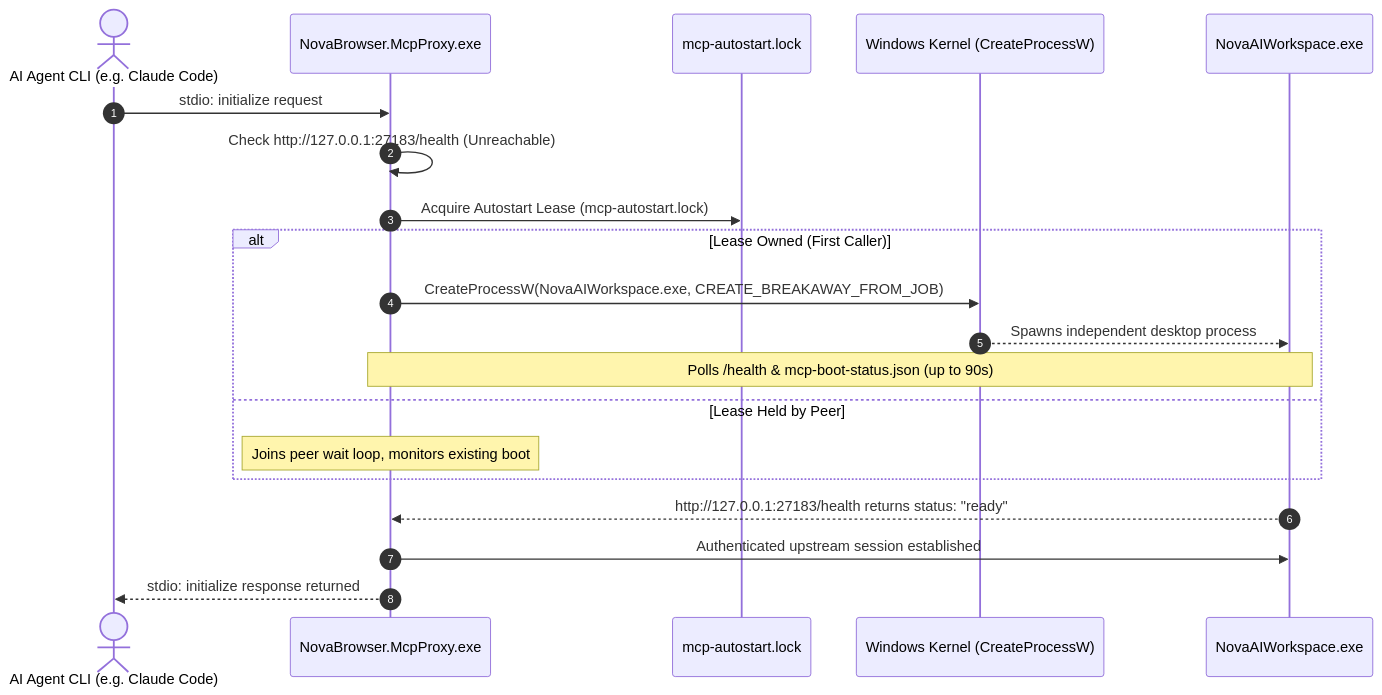
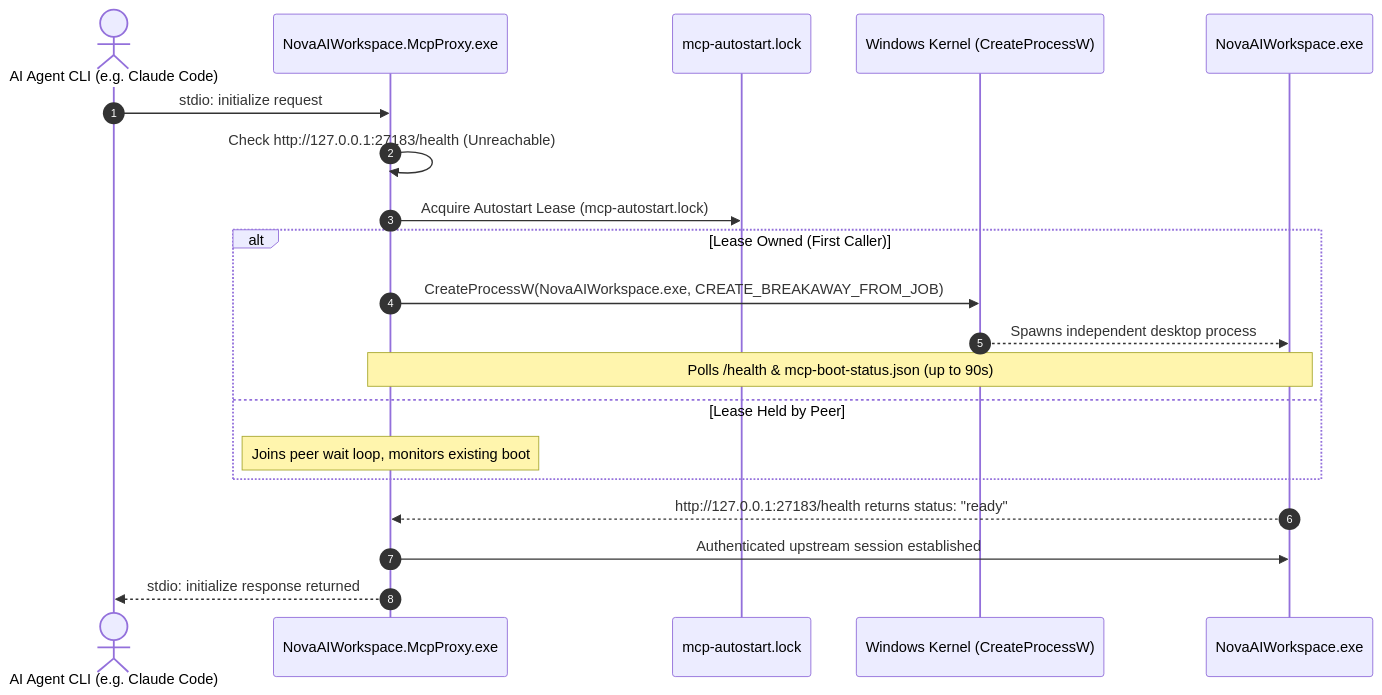
The third of 6 diagrams in docs/components/mcp-proxy.md (joelaniol/nova), drawn with Mermaid before and after one commit. The commit also changed other lines of this file and 58 other files, not shown here.

Commit message:
docs: run_rows tools, fastlane memory tools, NovaAIWorkspace helper names

````diff
--- a/docs/components/mcp-proxy.md
+++ b/docs/components/mcp-proxy.md
@@ -83,25 +83,25 @@
 ```mermaid
 sequenceDiagram
     autonumber
     actor Agent as AI Agent CLI (e.g. Claude Code)
-    participant Proxy as NovaBrowser.McpProxy.exe
+    participant Proxy as NovaAIWorkspace.McpProxy.exe
     participant Lock as mcp-autostart.lock
     participant OS as Windows Kernel (CreateProcessW)
     participant Nova as NovaAIWorkspace.exe
 
     Agent->>Proxy: stdio: initialize request
     Proxy->>Proxy: Check http://127.0.0.1:27183/health (Unreachable)
     Proxy->>Lock: Acquire Autostart Lease (mcp-autostart.lock)
     
     alt Lease Owned (First Caller)
         Proxy->>OS: CreateProcessW(NovaAIWorkspace.exe, CREATE_BREAKAWAY_FROM_JOB)
         OS-->>Nova: Spawns independent desktop process
         Note over Proxy,Nova: Polls /health & mcp-boot-status.json (up to 90s)
     else Lease Held by Peer
         Note over Proxy: Joins peer wait loop, monitors existing boot
     end
 
     Nova-->>Proxy: http://127.0.0.1:27183/health returns status: "ready"
     Proxy->>Nova: Authenticated upstream session established
     Proxy-->>Agent: stdio: initialize response returned
 ```
````
